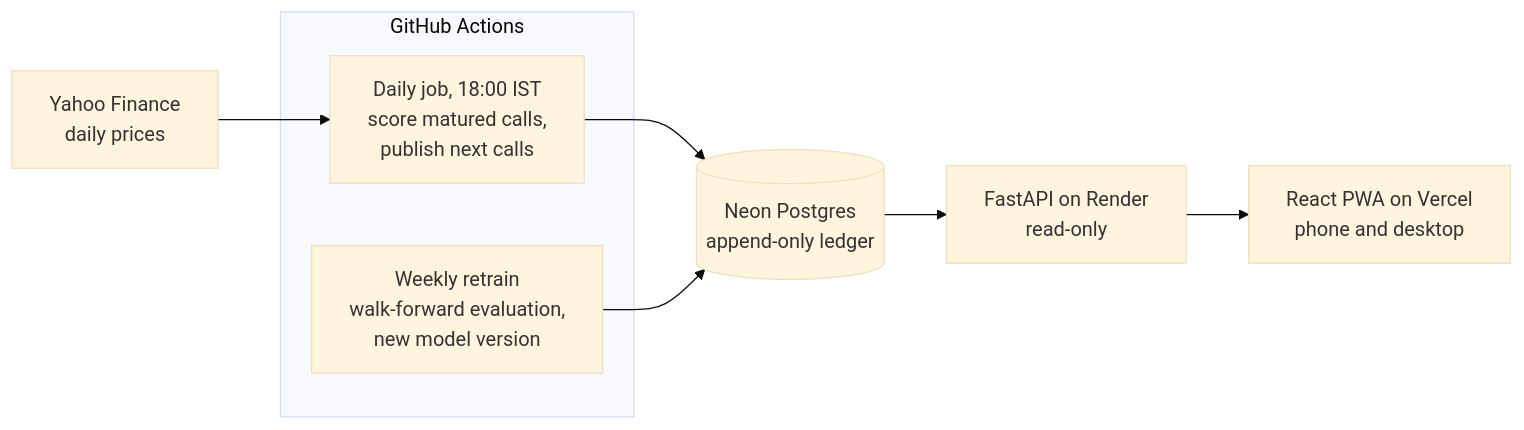
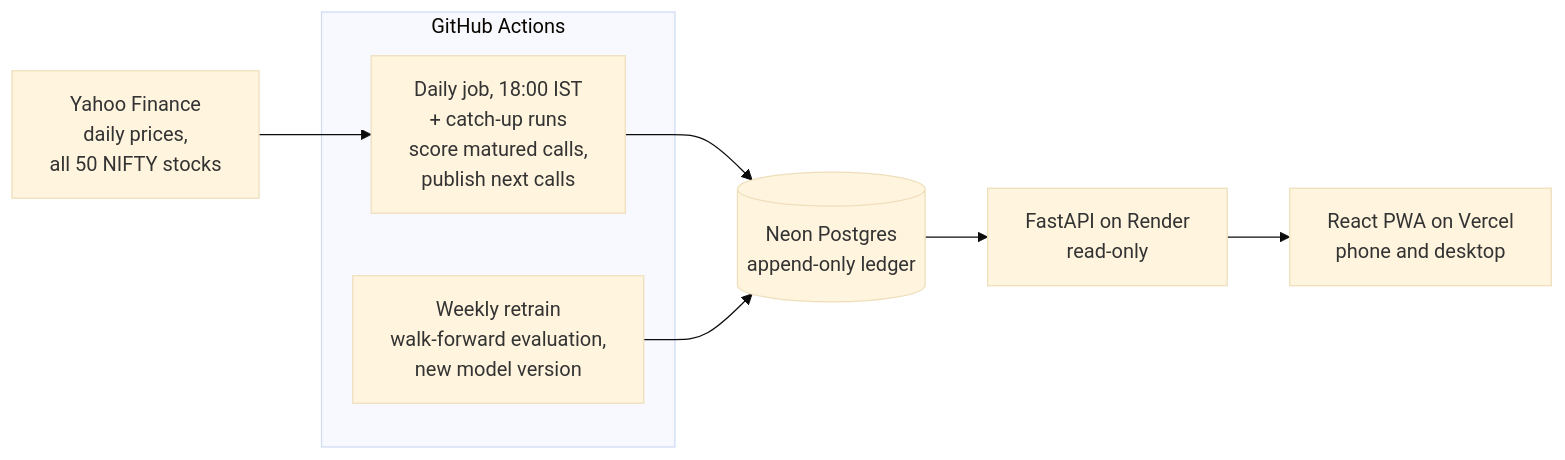
Before and after one commit to vanshajvr/parakh: the diagram in README.md, drawn with Mermaid (base theme). The commit also changed other lines of this file and 5 other files, not shown here.

````diff
--- a/README.md
+++ b/README.md
@@ -80,12 +104,12 @@
 ```mermaid
 flowchart LR
-    Y[Yahoo Finance<br/>daily prices] --> D
+    Y[Yahoo Finance<br/>daily prices,<br/>all 50 NIFTY stocks] --> D
     subgraph GA[GitHub Actions]
-        D[Daily job, 18:00 IST<br/>score matured calls,<br/>publish next calls]
+        D[Daily job, 18:00 IST<br/>+ catch-up runs<br/>score matured calls,<br/>publish next calls]
         W[Weekly retrain<br/>walk-forward evaluation,<br/>new model version]
     end
     D --> DB[(Neon Postgres<br/>append-only ledger)]
     W --> DB
     DB --> API[FastAPI on Render<br/>read-only]
     API --> APP[React PWA on Vercel<br/>phone and desktop]
 ```
````
